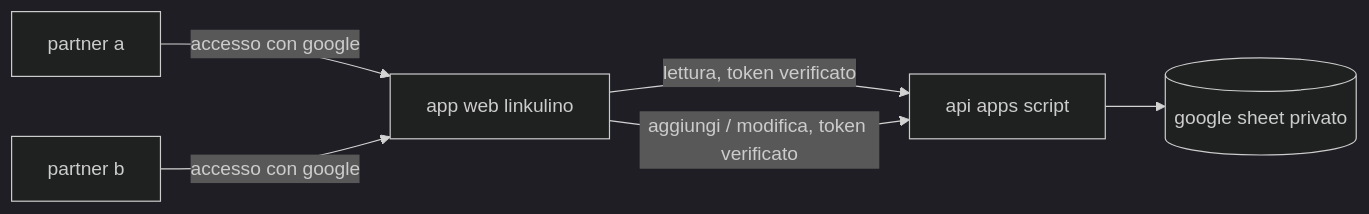
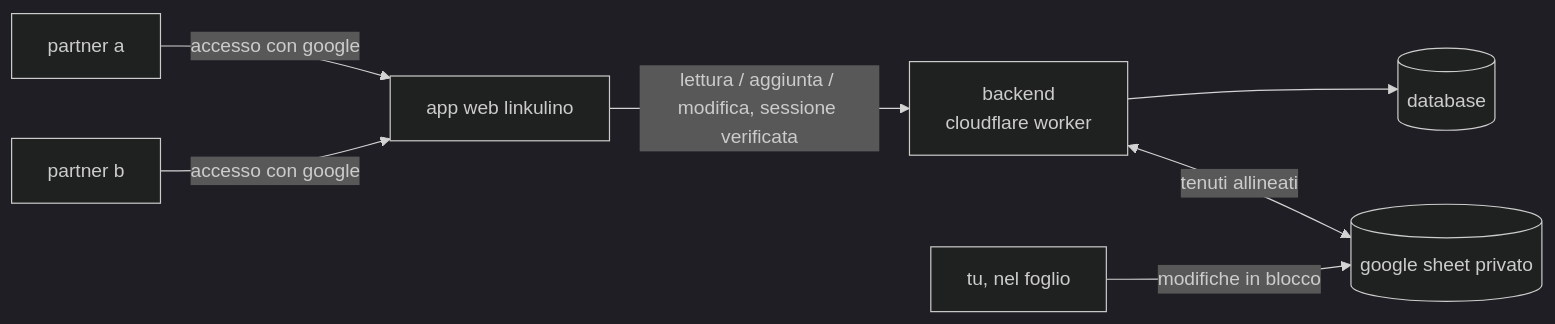
Before and after one commit to leandroestrella/linkulino: the diagram in README.it.md, drawn with Mermaid. The commit also changed other lines of this file and 4 other files, not shown here.

Commit message:
docs: the three readmes, the deployment guide and the translations guide for the app as it is on the worker backend: how it works, the stack, running your own instance, the two environments, shipping backend changes, and where the languages and shared strings now come from (LNDR-272)

````diff
--- a/README.it.md
+++ b/README.it.md
@@ -15,9 +15,10 @@
 ```mermaid
 %%{init: {'theme': 'dark'}}%%
 flowchart LR
     A[partner a] -->|accesso con google| SPA[app web linkulino]
     B[partner b] -->|accesso con google| SPA
-    SPA -->|lettura, token verificato| GAS[api apps script]
-    SPA -->|aggiungi / modifica, token verificato| GAS
-    GAS --> SHEET[(google sheet privato)]
+    SPA -->|lettura / aggiunta / modifica, sessione verificata| API[backend<br/>cloudflare worker]
+    API --> DB[(database)]
+    API <-->|tenuti allineati| SHEET[(google sheet privato)]
+    YOU[tu, nel foglio] -->|modifiche in blocco| SHEET
 ```
````
